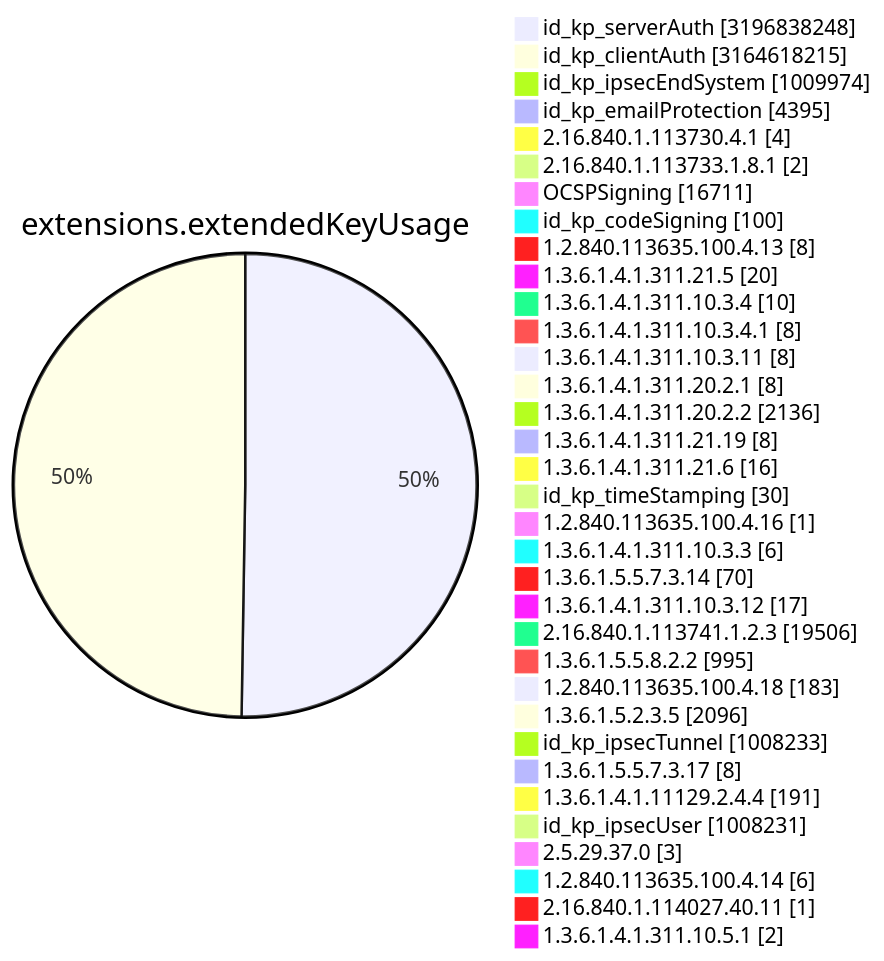
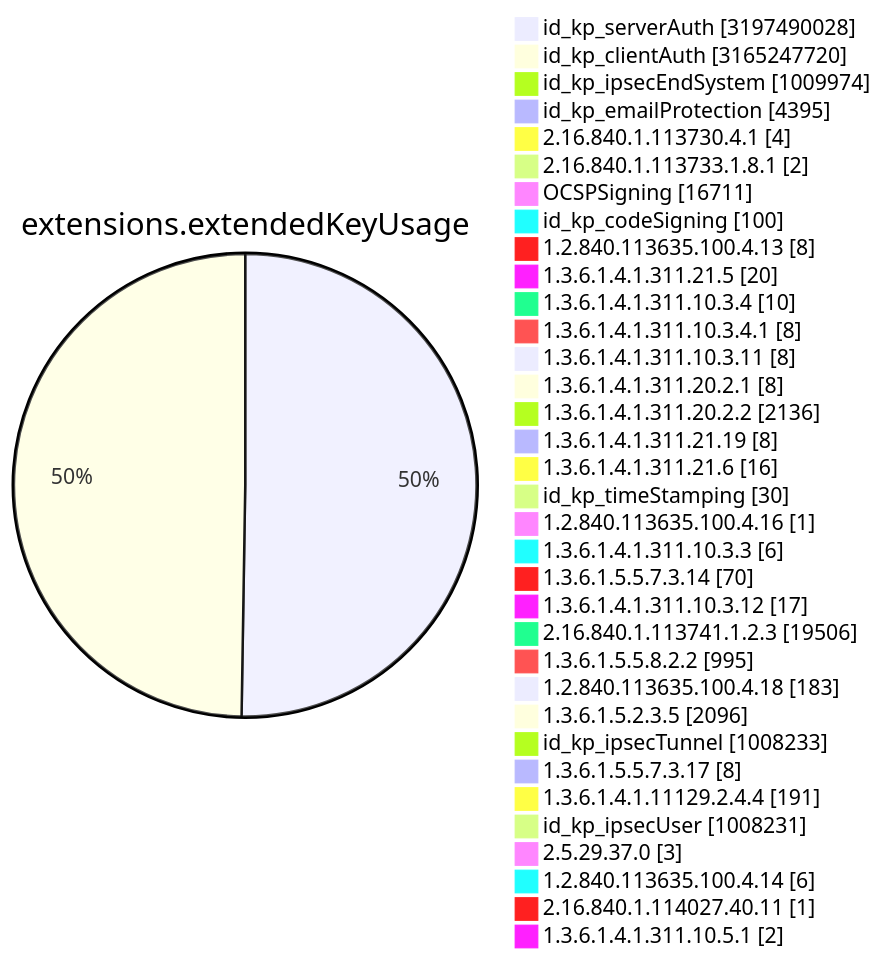
Diagram 11 of 15 in TOTAL/README.md (christiankrug/ctmonitor_visualization), drawn with Mermaid before and after one commit. The commit also changed other lines of this file, not shown here.

````diff
--- a/TOTAL/README.md
+++ b/TOTAL/README.md
@@ -4119,38 +4119,38 @@
 ```mermaid
 pie showData
 title extensions.extendedKeyUsage
-"id_kp_serverAuth" :3196838248
-"id_kp_clientAuth" :3164618215
+"id_kp_serverAuth" :3197490028
+"id_kp_clientAuth" :3165247720
 "id_kp_ipsecEndSystem" :1009974
 "id_kp_emailProtection" :4395
 "2.16.840.1.113730.4.1" :4
 "2.16.840.1.113733.1.8.1" :2
 "OCSPSigning" :16711
 "id_kp_codeSigning" :100
 "1.2.840.113635.100.4.13" :8
 "1.3.6.1.4.1.311.21.5" :20
 "1.3.6.1.4.1.311.10.3.4" :10
 "1.3.6.1.4.1.311.10.3.4.1" :8
 "1.3.6.1.4.1.311.10.3.11" :8
 "1.3.6.1.4.1.311.20.2.1" :8
 "1.3.6.1.4.1.311.20.2.2" :2136
 "1.3.6.1.4.1.311.21.19" :8
 "1.3.6.1.4.1.311.21.6" :16
 "id_kp_timeStamping" :30
 "1.2.840.113635.100.4.16" :1
 "1.3.6.1.4.1.311.10.3.3" :6
 "1.3.6.1.5.5.7.3.14" :70
 "1.3.6.1.4.1.311.10.3.12" :17
 "2.16.840.1.113741.1.2.3" :19506
 "1.3.6.1.5.5.8.2.2" :995
 "1.2.840.113635.100.4.18" :183
 "1.3.6.1.5.2.3.5" :2096
 "id_kp_ipsecTunnel" :1008233
 "1.3.6.1.5.5.7.3.17" :8
 "1.3.6.1.4.1.11129.2.4.4" :191
 "id_kp_ipsecUser" :1008231
 "2.5.29.37.0" :3
 "1.2.840.113635.100.4.14" :6
 "2.16.840.1.114027.40.11" :1
 "1.3.6.1.4.1.311.10.5.1" :2
 ```
````
